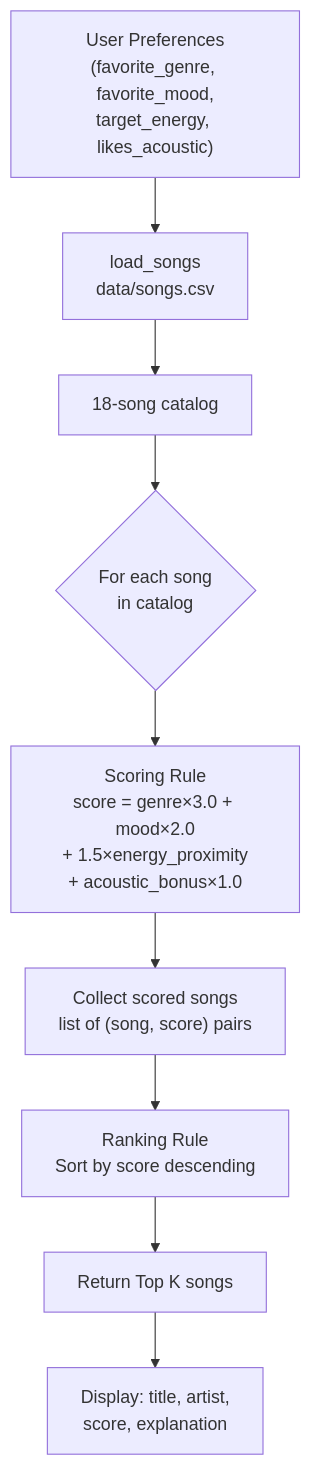
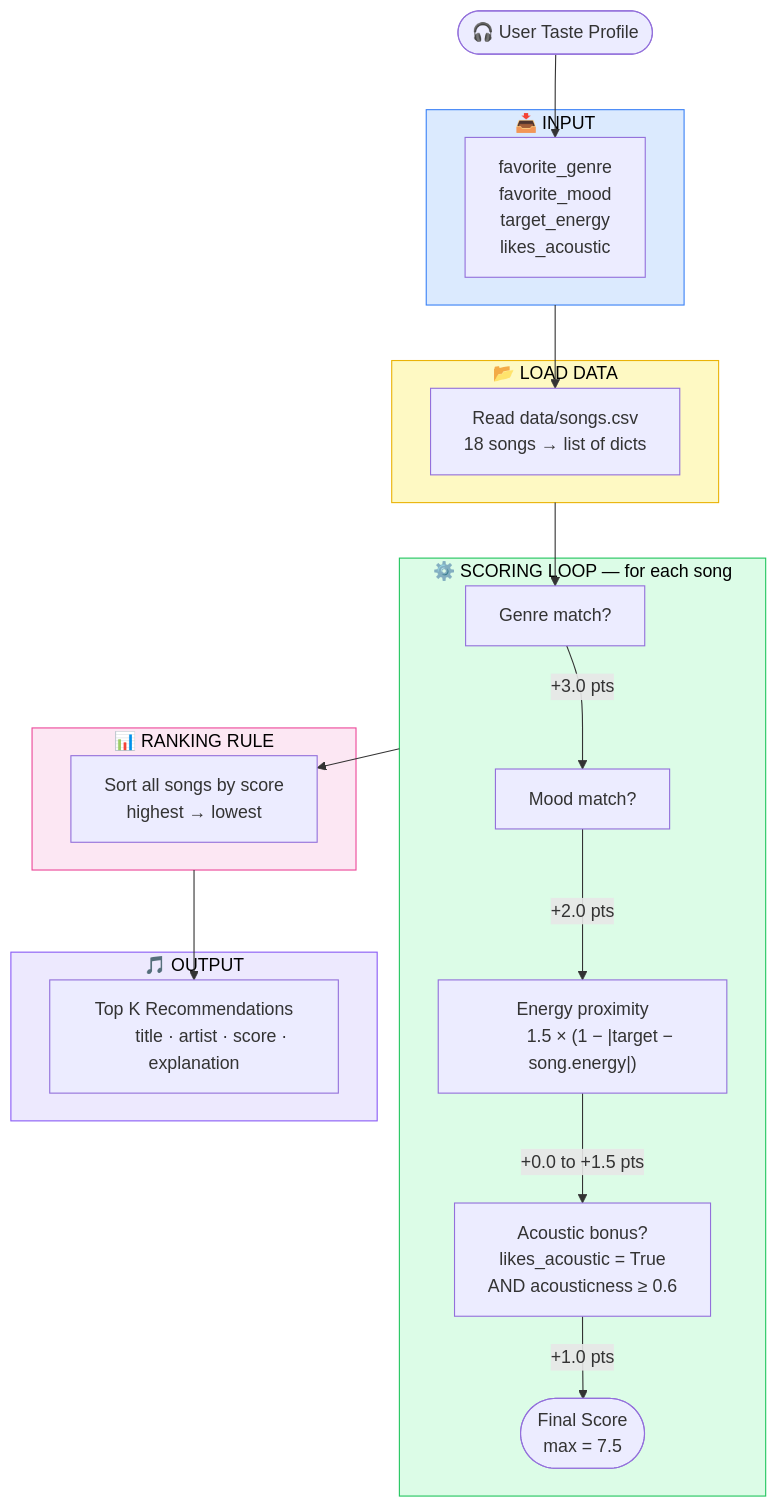
One commit to Jugal-JG/ai110-module3show-musicrecommendersimulation-starter changed the diagram in README.md. Above: the diagram before and after it, drawn with Mermaid.

Commit message:
improve Mermaid.js flowchart with subgraphs, color coding, and step-by-step scoring nodes
Rewrote the Mermaid flowchart to be visually clear and properly structured:
- Five labeled subgraphs: INPUT, LOAD DATA, SCORING LOOP, RANKING RULE, OUTPUT
- Scoring loop broken into individual decision nodes (genre → mood → energy → acoustic)
  with the point value shown on each edge label (+3.0, +2.0, 0–1.5, +1.0)
- Each subgraph color-coded (blue, yellow, green, pink, purple) for quick visual parsing
- Terminal nodes use rounded stadium shape for start/end clarity

````diff
--- a/README.md
+++ b/README.md
@@ -101,11 +101,51 @@
 ```mermaid
 flowchart TD
-    A["User Preferences\n(favorite_genre, favorite_mood,\ntarget_energy, likes_acoustic)"] --> B["load_songs\ndata/songs.csv"]
-    B --> C["18-song catalog"]
-    C --> D{"For each song\nin catalog"}
-    D --> E["Scoring Rule\nscore = genre×3.0 + mood×2.0\n+ 1.5×energy_proximity\n+ acoustic_bonus×1.0"]
-    E --> F["Collect scored songs\nlist of (song, score) pairs"]
-    F --> G["Ranking Rule\nSort by score descending"]
-    G --> H["Return Top K songs"]
-    H --> I["Display: title, artist,\nscore, explanation"]
+    A([🎧 User Taste Profile]) --> B
+
+    subgraph INPUT["📥 INPUT"]
+        B["favorite_genre
+        favorite_mood
+        target_energy
+        likes_acoustic"]
+    end
+
+    INPUT --> C
+
+    subgraph LOAD["📂 LOAD DATA"]
+        C["Read data/songs.csv
+        18 songs → list of dicts"]
+    end
+
+    LOAD --> D
+
+    subgraph SCORE["⚙️ SCORING LOOP — for each song"]
+        D["Genre match?"] -->|"+3.0 pts"| E["Mood match?"]
+        E -->|"+2.0 pts"| F["Energy proximity
+        1.5 × (1 − |target − song.energy|)"]
+        F -->|"+0.0 to +1.5 pts"| G["Acoustic bonus?
+        likes_acoustic = True
+        AND acousticness ≥ 0.6"]
+        G -->|"+1.0 pts"| H(["Final Score
+        max = 7.5"])
+    end
+
+    SCORE --> I
+
+    subgraph RANK["📊 RANKING RULE"]
+        I["Sort all songs by score
+        highest → lowest"]
+    end
+
+    RANK --> J
+
+    subgraph OUTPUT["🎵 OUTPUT"]
+        J["Top K Recommendations
+        title · artist · score · explanation"]
+    end
+
+    style INPUT fill:#dbeafe,stroke:#3b82f6,color:#000
+    style LOAD  fill:#fef9c3,stroke:#eab308,color:#000
+    style SCORE fill:#dcfce7,stroke:#22c55e,color:#000
+    style RANK  fill:#fce7f3,stroke:#ec4899,color:#000
+    style OUTPUT fill:#ede9fe,stroke:#8b5cf6,color:#000
 ```
````
